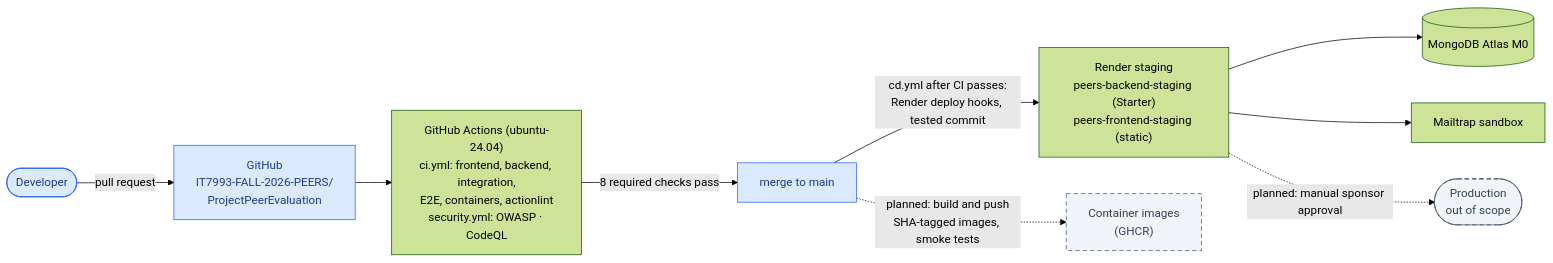
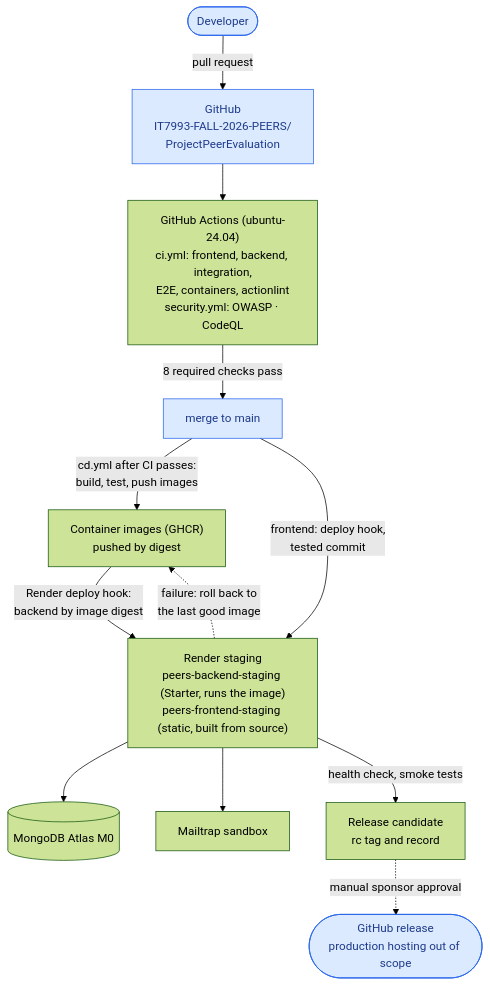
One commit to IT7993-FALL-2026-PEERS/ProjectPeerEvaluation changed the fifth of 5 diagrams in docs/architecture/system-architecture.md. Above: the diagram before and after it, drawn with Mermaid (forest theme). The commit also changed 1 other file, not shown here.

Commit message:
Bring every pipeline description up to date: both README diagrams, the tables and the architecture diagram
The README's two pipeline diagrams, the stage tables and the architecture
document's delivery diagram now describe what CD does: images pushed by
digest, the backend deployed as that image (frontend from source), health
check before smoke, the staging image tag moved after smoke, automatic
rollback, and a manual approval that publishes a GitHub release (production
hosting is out of scope). The test counts in the stage tables are current
(frontend 649, backend 475, integration 203, E2E 48). Docs only.

````diff
--- a/docs/architecture/system-architecture.md
+++ b/docs/architecture/system-architecture.md
@@ -230,16 +230,17 @@
 ```mermaid
-flowchart LR
+flowchart TB
     DEV(["Developer"]) -->|pull request| GH["GitHub<br/>IT7993-FALL-2026-PEERS/<br/>ProjectPeerEvaluation"]
     GH --> CI["GitHub Actions (ubuntu-24.04)<br/>ci.yml: frontend, backend, integration,<br/>E2E, containers, actionlint<br/>security.yml: OWASP · CodeQL"]
     CI -->|"8 required checks pass"| MAIN["merge to main"]
-    MAIN -->|"cd.yml after CI passes:<br/>Render deploy hooks, tested commit"| STG["Render staging<br/>peers-backend-staging (Starter)<br/>peers-frontend-staging (static)"]
+    MAIN -->|"cd.yml after CI passes:<br/>build, test, push images"| IMG["Container images (GHCR)<br/>pushed by digest"]
+    IMG -->|"Render deploy hook:<br/>backend by image digest"| STG["Render staging<br/>peers-backend-staging (Starter, runs the image)<br/>peers-frontend-staging (static, built from source)"]
+    MAIN -->|"frontend: deploy hook,<br/>tested commit"| STG
     STG --> ATLAS[("MongoDB Atlas M0")]
     STG --> MT["Mailtrap sandbox"]
-    STG -. "planned: manual sponsor approval" .-> PROD(["Production<br/>out of scope"])
-    MAIN -. "planned: build and push<br/>SHA-tagged images, smoke tests" .-> IMG["Container images<br/>(GHCR)"]
+    STG -->|"health check, smoke tests"| RC["Release candidate<br/>rc tag and record"]
+    STG -. "failure: roll back to<br/>the last good image" .-> IMG
+    RC -. "manual sponsor approval" .-> PROD(["GitHub release<br/>production hosting out of scope"])
 
     classDef ep fill:#dbeafe,stroke:#2563eb,color:#1e3a8a
-    classDef plan fill:#f1f5f9,stroke:#475569,color:#334155,stroke-dasharray: 6 4
-    class DEV,GH,MAIN ep
-    class PROD,IMG plan
+    class DEV,GH,MAIN,PROD ep
 ```
````
